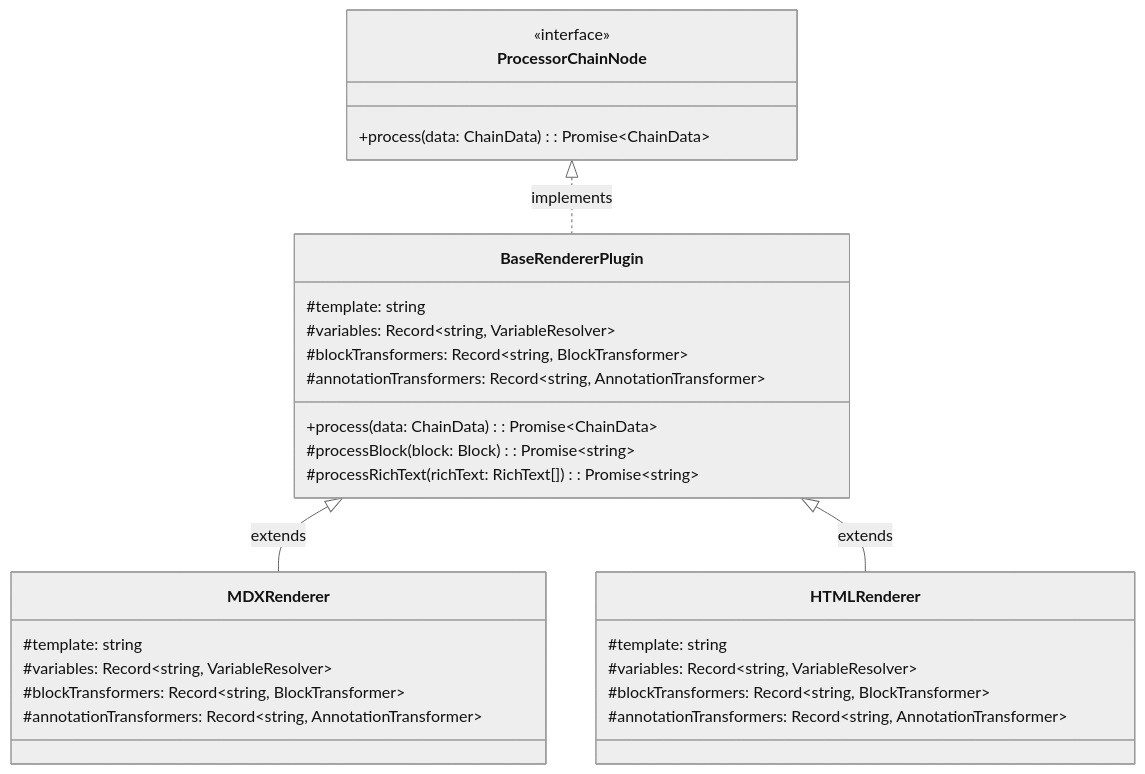
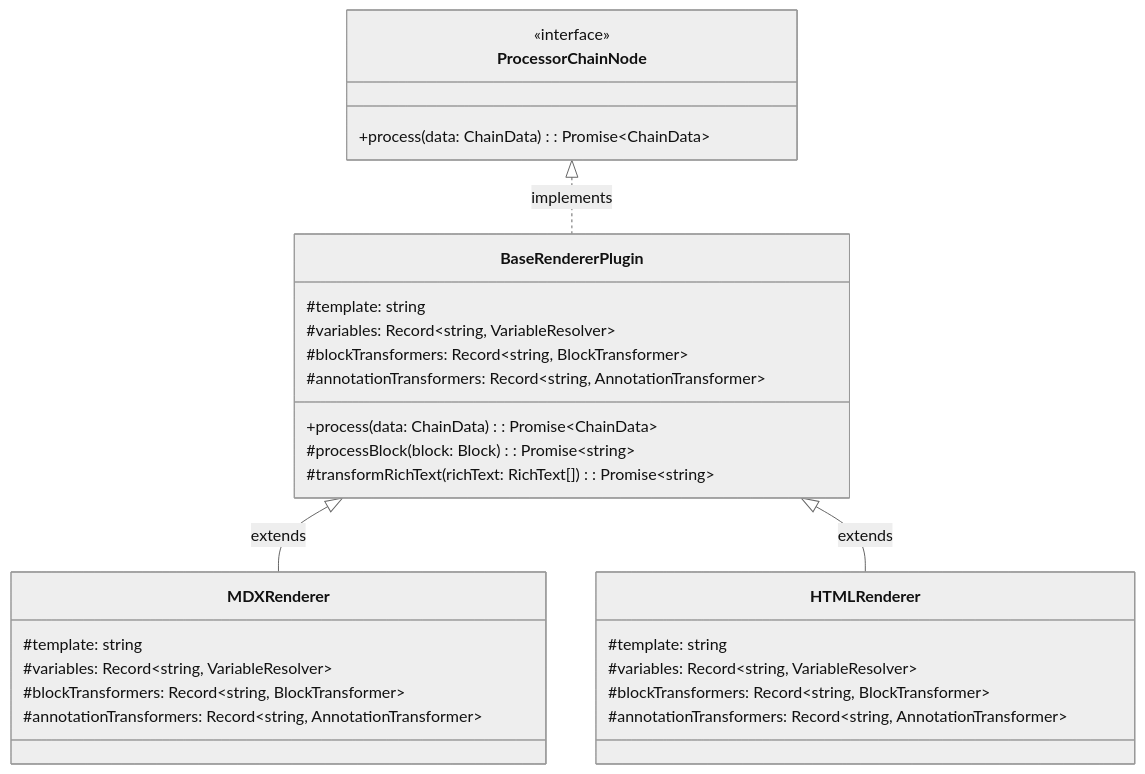
One commit to souvikinator/notion-to-md changed the third of 3 diagrams in docs/notion-to-md/content/docs/v4/concepts/renderer-plugin/_index.md. Above: the diagram before and after it, drawn with Mermaid (neutral theme). The commit also changed other lines of this file and 14 other files, not shown here.

Commit message:
- Renamed processRichText → transformRichText in base renderer class - Updated all references in block transformers, documentation and example code - Added transformDatabaseProperties utility to renderer context

````diff
--- a/docs/notion-to-md/content/docs/v4/concepts/renderer-plugin/_index.md
+++ b/docs/notion-to-md/content/docs/v4/concepts/renderer-plugin/_index.md
@@ -76,35 +76,35 @@
 ```mermaid
 classDiagram
     class ProcessorChainNode {
         <<interface>>
         +process(data: ChainData): Promise~ChainData~
     }
 
     class BaseRendererPlugin {
         #template: string
         #variables: Record~string, VariableResolver~
         #blockTransformers: Record~string, BlockTransformer~
         #annotationTransformers: Record~string, AnnotationTransformer~
         +process(data: ChainData): Promise~ChainData~
         #processBlock(block: Block): Promise~string~
-        #processRichText(richText: RichText[]): Promise~string~
+        #transformRichText(richText: RichText[]): Promise~string~
     }
 
     class MDXRenderer {
         #template: string
         #variables: Record~string, VariableResolver~
         #blockTransformers: Record~string, BlockTransformer~
         #annotationTransformers: Record~string, AnnotationTransformer~
     }
 
     class HTMLRenderer {
         #template: string
         #variables: Record~string, VariableResolver~
         #blockTransformers: Record~string, BlockTransformer~
         #annotationTransformers: Record~string, AnnotationTransformer~
     }
 
     ProcessorChainNode <|.. BaseRendererPlugin : implements
     BaseRendererPlugin <|-- MDXRenderer : extends
     BaseRendererPlugin <|-- HTMLRenderer : extends
 ```
````
